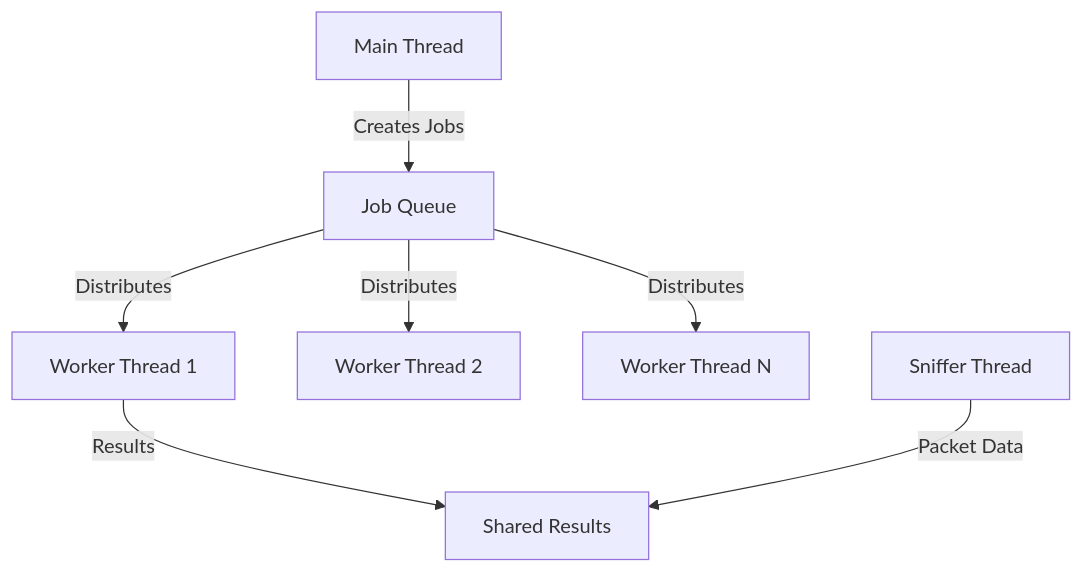
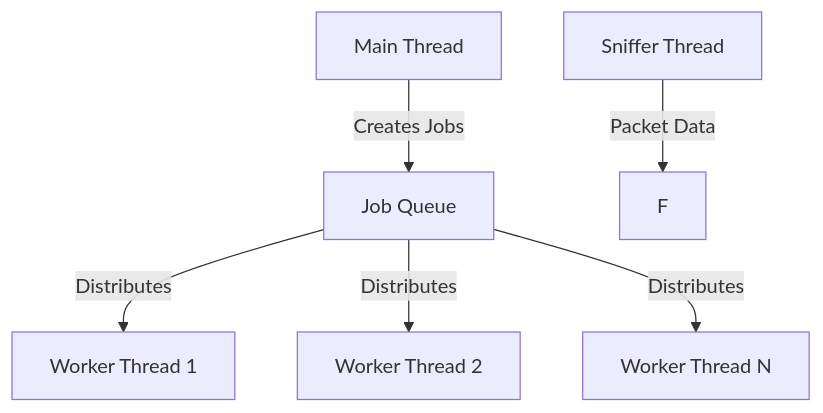
One commit to erdogancayir/ft_nmap changed the first of 2 diagrams in README.md. Above: the diagram before and after it, drawn with Mermaid.

````diff
--- a/README.md
+++ b/README.md
@@ -139,9 +139,8 @@
 ```mermaid
 graph TD
     A[Main Thread] -->|Creates Jobs| B[Job Queue]
     B -->|Distributes| C[Worker Thread 1]
     B -->|Distributes| D[Worker Thread 2]
     B -->|Distributes| E[Worker Thread N]
-    C -->|Results| F[Shared Results]
     G[Sniffer Thread] -->|Packet Data| F
 ```
````
